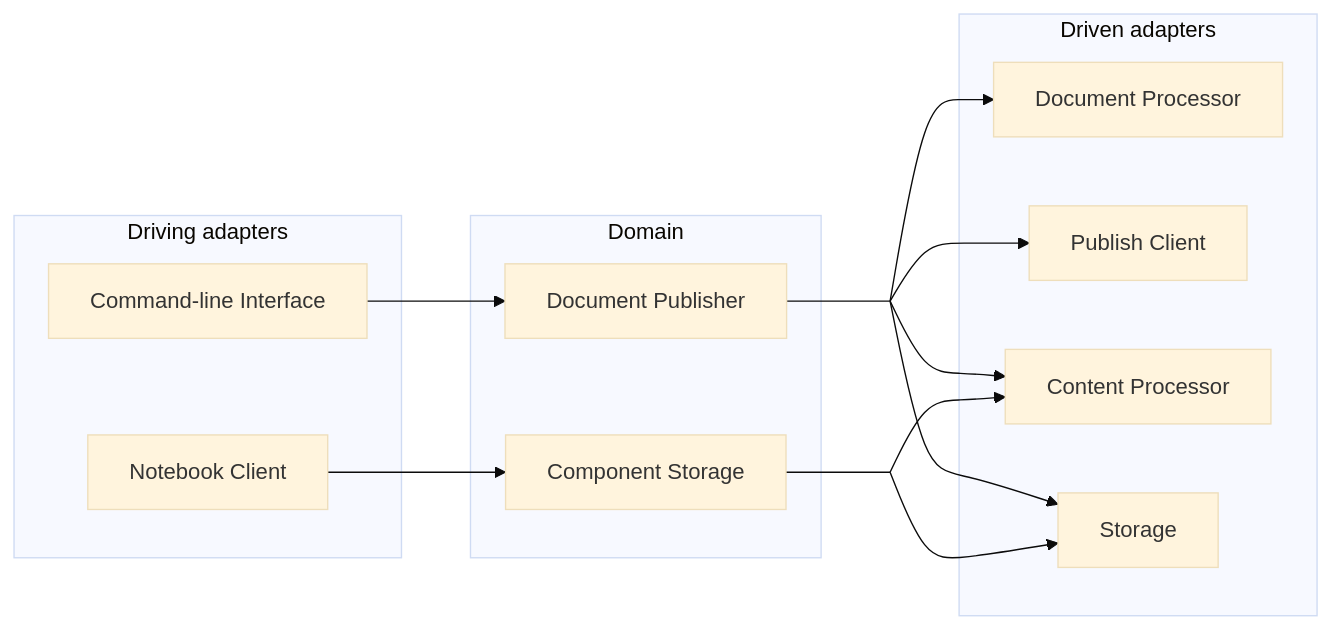
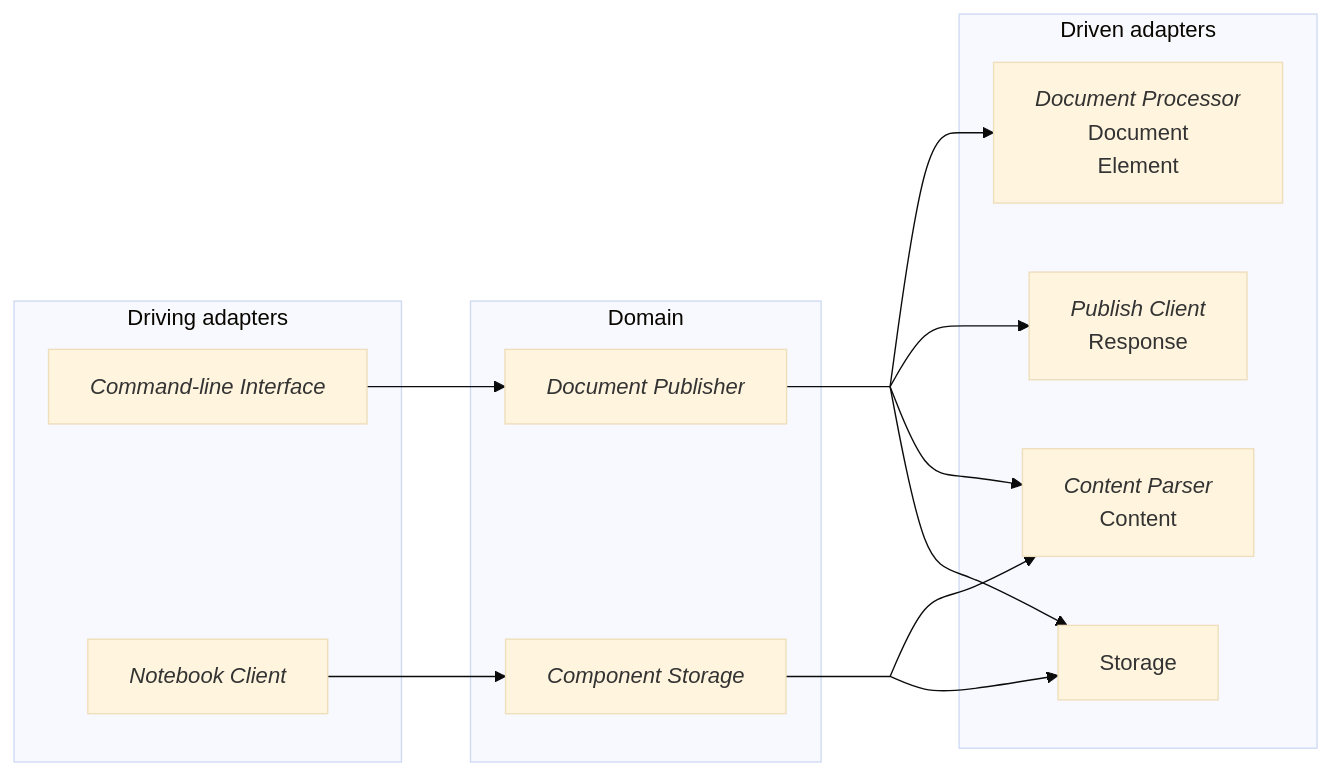
Before and after one commit to olavlan/olavlan.github.io: the diagram in posts/in-progress/publish_quarto.md, drawn with Mermaid (base theme). The commit also changed other lines of this file and 1 other file, not shown here.

````diff
--- a/posts/in-progress/publish_quarto.md
+++ b/posts/in-progress/publish_quarto.md
@@ -24,32 +28,32 @@
 ``` mermaid
 graph LR
      subgraph driving[Driving adapters]
-          cli["Command-line Interface"]
-          notebookclient[Notebook Client]
+          cli[<i>Command-line Interface</i>]
+          notebookclient[<i>Notebook Client</i>]
      end
      subgraph domain[Domain]
-          docpublisher[Document Publisher]
-          componentstorage[Component Storage]
+          docpublisher[<i>Document Publisher</i>]
+          componentstorage[<i>Component Storage</i>]
      end
      subgraph driven[Driven adapters]
-          docprocessor[Document Processor]
-          publishclient[Publish Client]
-          contentprocessor[Content Processor]
+          docprocessor[<i>Document Processor</i><br>Document<br>Element<br>]
+          contentprocessor[<i>Content Parser</i><br>Content]
+          publishclient[<i>Publish Client</i><br>Response]
           storage[Storage]
      end
 
      cli --> docpublisher
      notebookclient --> componentstorage
 
      docpublisher --- split[ ]:::empty
      split --> docprocessor
      split --> publishclient
      split --> contentprocessor
      split --> storage
 
      componentstorage --- split2[ ]:::empty
      split2 --> contentprocessor
      split2 --> storage
 
      classDef empty width:0px,height:0px;
 ```
````
